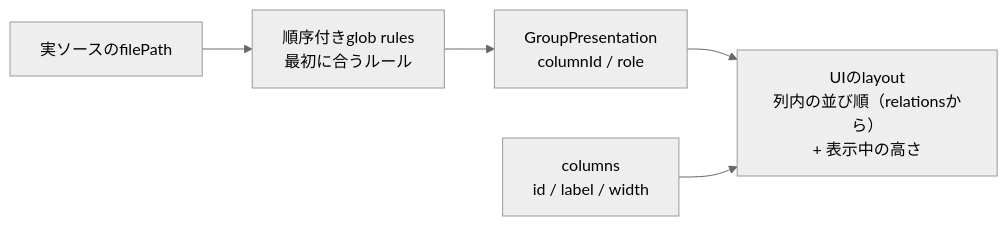
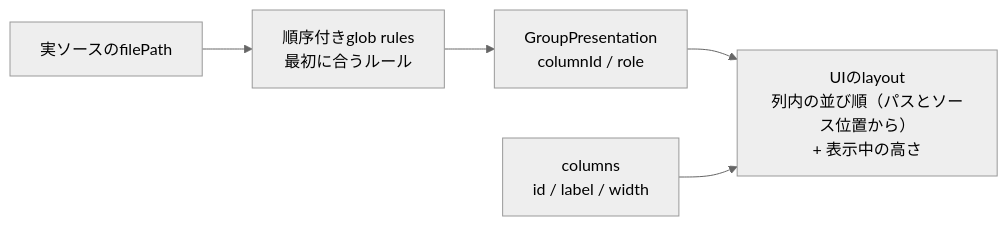
One commit to zeltjs/zelt changed diagram 11 of 13 in mocks/studio-spatial/generic-extraction-design.md. Above: the diagram before and after it, drawn with Mermaid (neutral theme). The commit also changed other lines of this file, not shown here.

```diff
--- a/mocks/studio-spatial/generic-extraction-design.md
+++ b/mocks/studio-spatial/generic-extraction-design.md
@@ -875,7 +875,7 @@
 ~~~mermaid
 flowchart LR
   F["実ソースのfilePath"] --> R["順序付きglob rules<br/>最初に合うルール"]
   R --> P["GroupPresentation<br/>columnId / role"]
-  P --> U["UIのlayout<br/>列内の並び順（relationsから）<br/>+ 表示中の高さ"]
+  P --> U["UIのlayout<br/>列内の並び順（パスとソース位置から）<br/>+ 表示中の高さ"]
   C["columns<br/>id / label / width"] --> U
 ~~~
```
